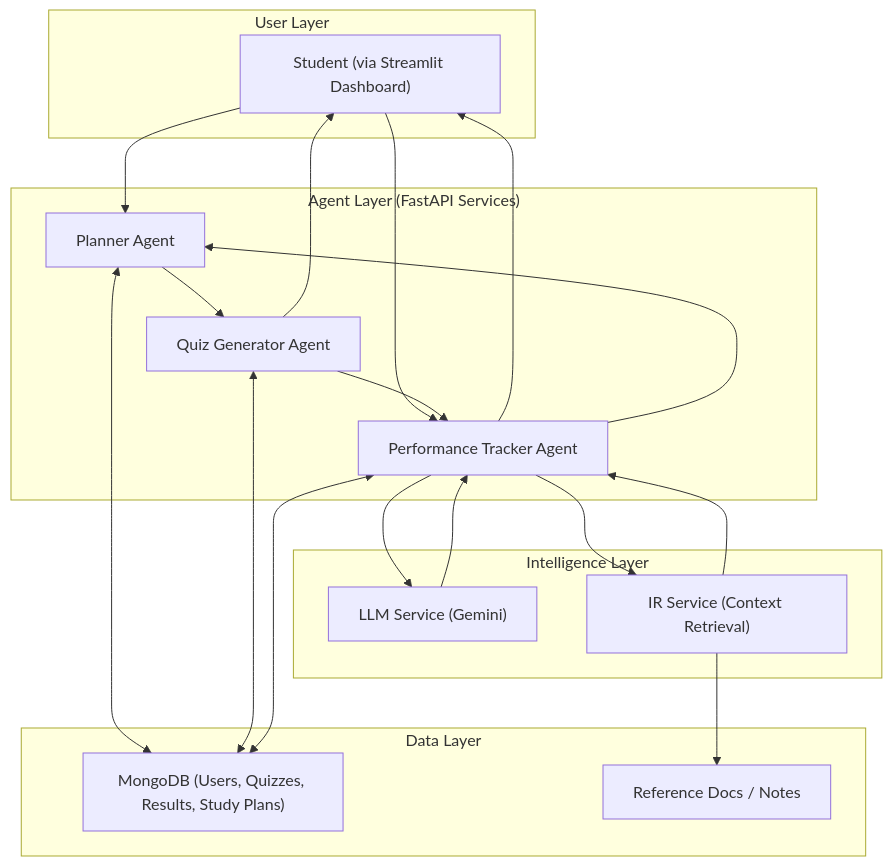
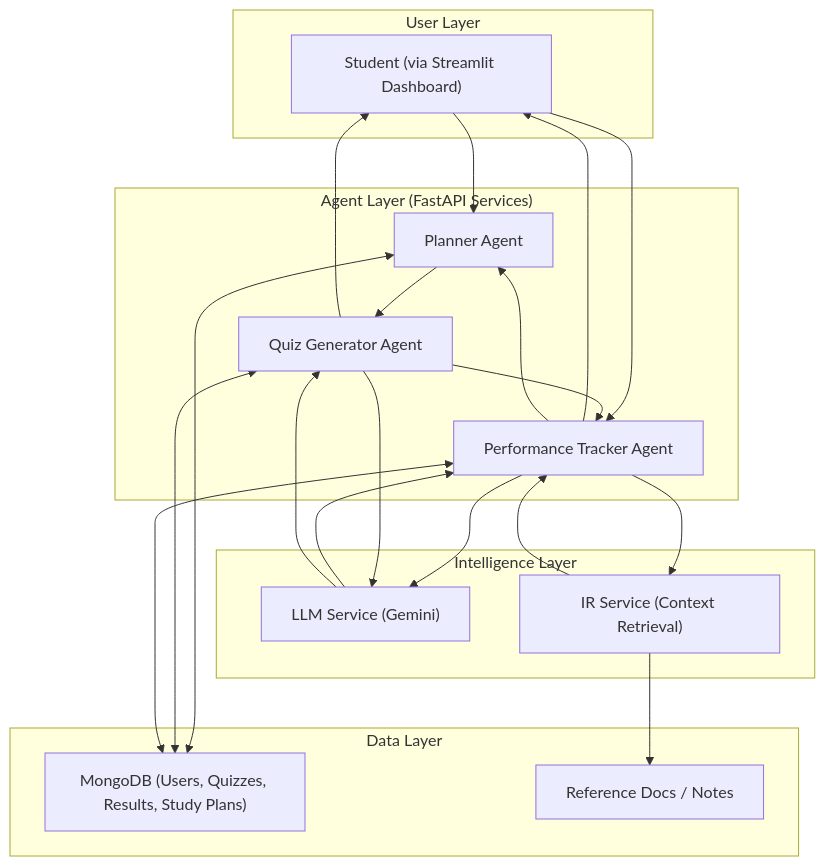
One commit to LochanaLithira/Adaptive-Exam-Preparation-AI changed the diagram in README.md. Above: the diagram before and after it, drawn with Mermaid.

````diff
--- a/README.md
+++ b/README.md
@@ -24,46 +24,49 @@
 ```mermaid
 flowchart TD
     subgraph UI["User Layer"]
         A["Student (via Streamlit Dashboard)"]
     end
 
     subgraph AGENTS["Agent Layer (FastAPI Services)"]
         B["Planner Agent"]
         C["Quiz Generator Agent"]
         D["Performance Tracker Agent"]
     end
 
     subgraph AI["Intelligence Layer"]
         LLM["LLM Service (Gemini)"]
         IR["IR Service (Context Retrieval)"]
     end
 
     subgraph DATA["Data Layer"]
         DB["MongoDB (Users, Quizzes, Results, Study Plans)"]
         DOCS["Reference Docs / Notes"]
     end
 
     %% Flow
     A --> B
     B --> C
     C --> A
     A --> D
     D --> A
 
     %% Agent interactions
     C --> D
     D --> B
 
     %% Intelligence integration
     D --> LLM
     LLM --> D
+    C --> LLM
+    LLM --> C
     D --> IR
     IR --> DOCS
     IR --> D
 
     %% Database
     B <--> DB
     C <--> DB
     D <--> DB
 
+
 ```
````
